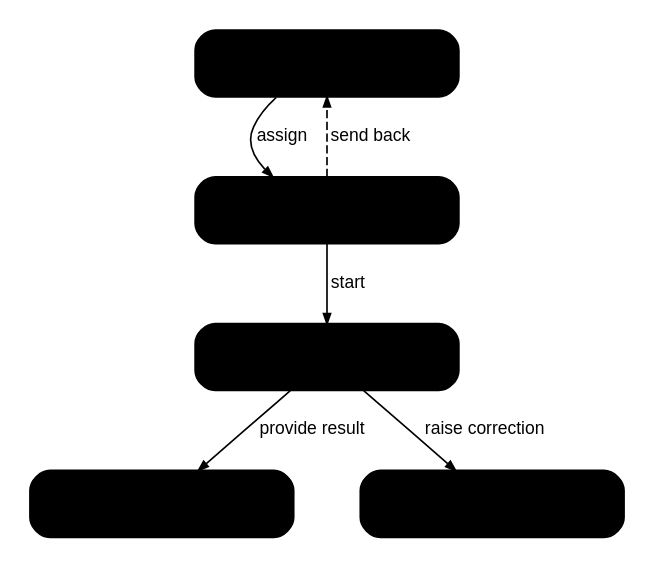
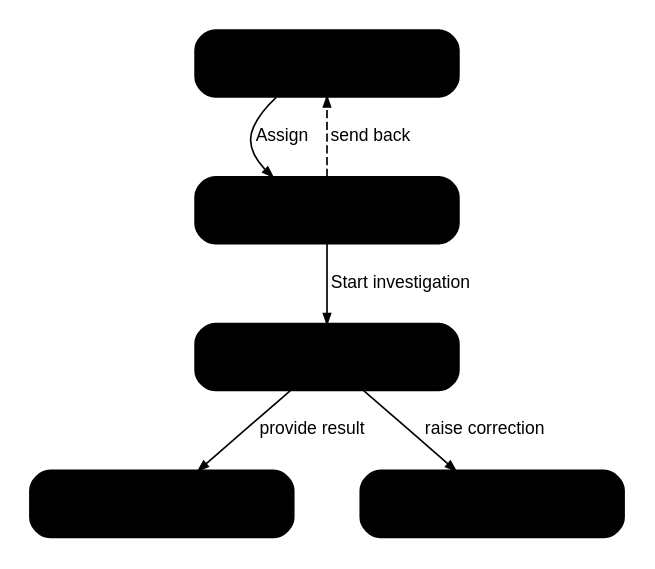
One commit to IortaTexhNXT-DEV/FinVerse changed the diagram in docs/deliverables/src/BRD-05_Accounting_Disbursement_ACSL/figures/brd05_v2_acsl_case.dot. Above: the diagram before and after it, drawn with Graphviz. The commit also changed 42 other files, not shown here.

```diff
--- a/docs/deliverables/src/BRD-05_Accounting_Disbursement_ACSL/figures/brd05_v2_acsl_case.dot
+++ b/docs/deliverables/src/BRD-05_Accounting_Disbursement_ACSL/figures/brd05_v2_acsl_case.dot
@@ -1,19 +1,19 @@
 // BRD-5 Volume 2: workflow ACSL_CASE (V890). FRS section 5.7.
 digraph v2_case {
   graph [rankdir=TB, fontname="Arial", nodesep=0.55, ranksep=0.5, bgcolor="white", pad=0.15];
   node  [shape=box, style="rounded,filled", fillcolor="@BG_BLUE", color="@HEADER_BLUE", penwidth=1.1,
          fontname="Arial", fontsize=12, fontcolor="@NEAR_BLACK", width=2.2, height=0.55];
   edge  [color="@MUTED", arrowsize=0.6, fontname="Arial", fontsize=10.5, fontcolor="@TEXT"];
 
   RE [label="RECEIVED\nTeam Leader"];
   AS [label="ASSIGNED\nprocessor"];
   IV [label="INVESTIGATING\nprocessor"];
   RP [label="RESULT_PROVIDED", fillcolor="@SUCCESS_BG", color="@SUCCESS"];
   CO [label="CORRECTION\ncorrection raised", fillcolor="@AMBER_BG"];
-  RE -> AS [label=" assign"];
-  AS -> IV [label=" start"];
+  RE -> AS [label=" Assign"];
+  AS -> IV [label=" Start investigation"];
   AS -> RE [label=" send back", style=dashed];
   IV -> RP [label=" provide result"];
   IV -> CO [label=" raise correction"];
   { rank=same; RP; CO; }
 }
```
